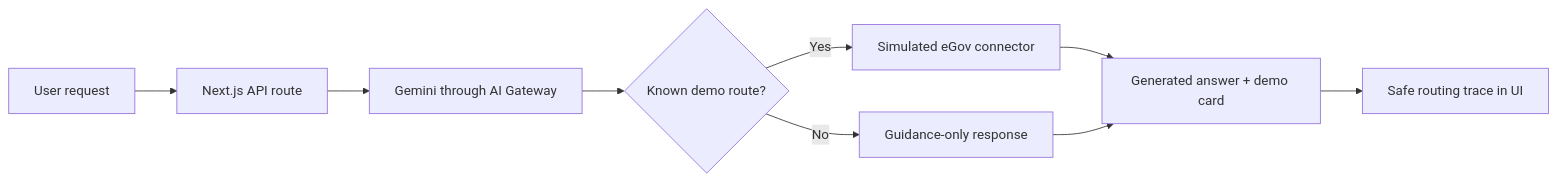
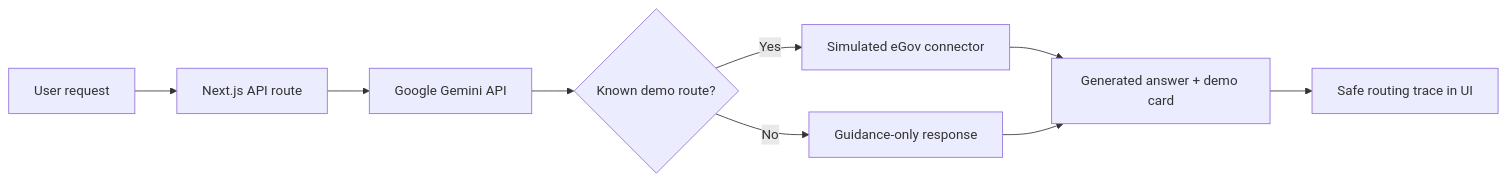
The diagram in README.md (bryllim/egov-agent), drawn with Mermaid before and after one commit. The commit also changed other lines of this file and 5 other files, not shown here.

Commit message:
feat: connect directly to Gemini API

````diff
--- a/README.md
+++ b/README.md
@@ -43,11 +43,11 @@
 ```mermaid
 flowchart LR
   A[User request] --> B[Next.js API route]
-  B --> C[Gemini through AI Gateway]
+  B --> C[Google Gemini API]
   C --> D{Known demo route?}
   D -->|Yes| E[Simulated eGov connector]
   D -->|No| F[Guidance-only response]
   E --> G[Generated answer + demo card]
   F --> G
   G --> H[Safe routing trace in UI]
 ```
````
